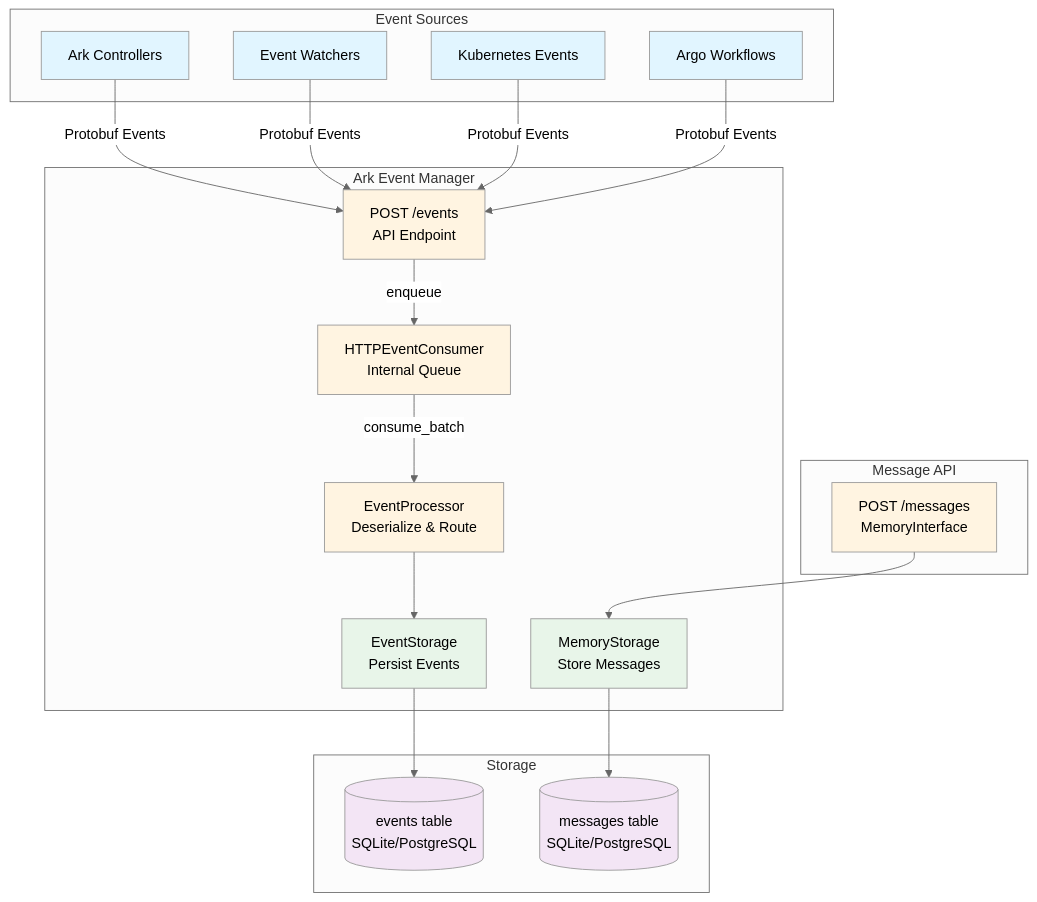
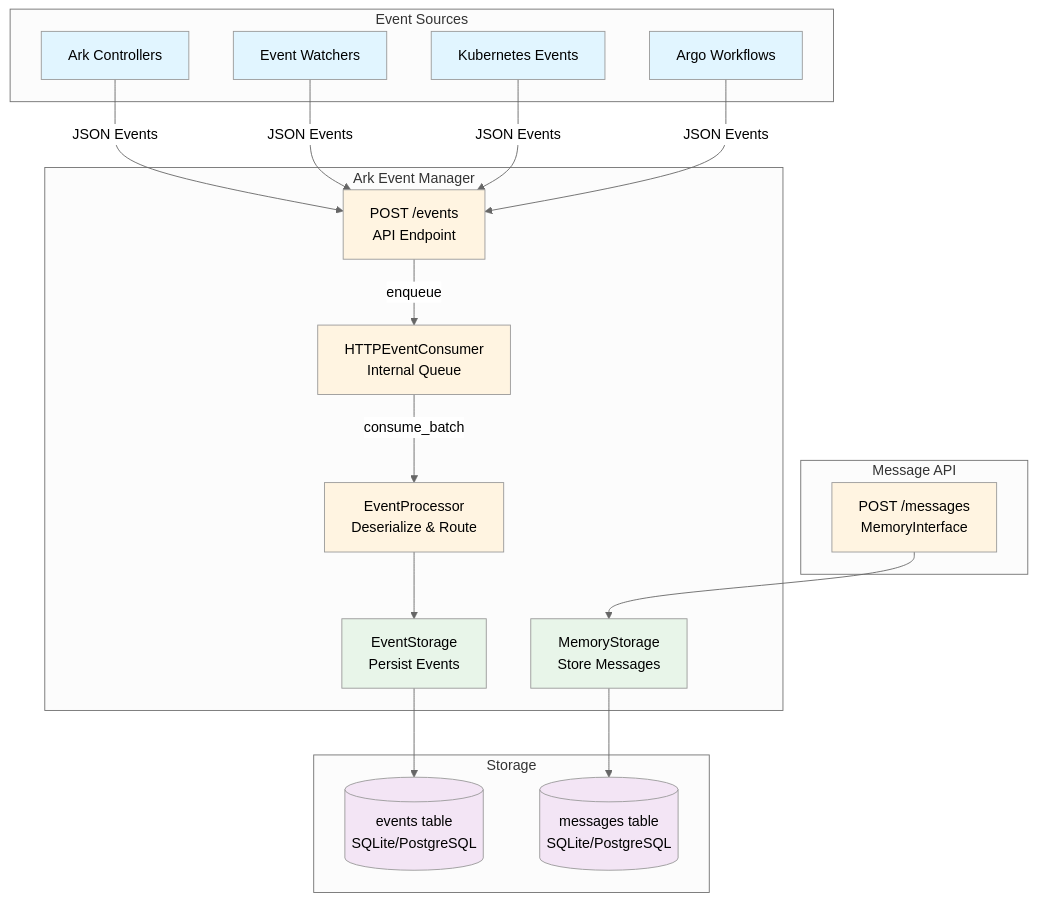
The first of 4 diagrams in services/ark-event-manager/ark-event-manager/ARCHITECTURE.md (mckinsey/agents-at-scale-ark), drawn with Mermaid (neutral theme) before and after one commit. The commit also changed other lines of this file and 10 other files, not shown here.

````diff
--- a/services/ark-event-manager/ark-event-manager/ARCHITECTURE.md
+++ b/services/ark-event-manager/ark-event-manager/ARCHITECTURE.md
@@ -60,52 +60,52 @@
 ```mermaid
 graph TB
     subgraph "Event Sources"
         Controllers[Ark Controllers]
         Watchers[Event Watchers]
         K8s[Kubernetes Events]
         Argo[Argo Workflows]
     end
 
     subgraph "Ark Event Manager"
         API[POST /events<br/>API Endpoint]
         Consumer[HTTPEventConsumer<br/>Internal Queue]
         Processor[EventProcessor<br/>Deserialize & Route]
         EventStorage[EventStorage<br/>Persist Events]
         MemoryStorage[MemoryStorage<br/>Store Messages]
     end
 
     subgraph "Storage"
         EventsTable[(events table<br/>SQLite/PostgreSQL)]
         MessagesTable[(messages table<br/>SQLite/PostgreSQL)]
     end
 
     subgraph "Message API"
         MessageAPI[POST /messages<br/>MemoryInterface]
     end
 
-    Controllers -->|Protobuf Events| API
-    Watchers -->|Protobuf Events| API
-    K8s -->|Protobuf Events| API
-    Argo -->|Protobuf Events| API
+    Controllers -->|JSON Events| API
+    Watchers -->|JSON Events| API
+    K8s -->|JSON Events| API
+    Argo -->|JSON Events| API
 
     API -->|enqueue| Consumer
     Consumer -->|consume_batch| Processor
     Processor --> EventStorage
     EventStorage --> EventsTable
 
     MessageAPI --> MemoryStorage
     MemoryStorage --> MessagesTable
 
     style Controllers fill:#e1f5ff
     style Watchers fill:#e1f5ff
     style K8s fill:#e1f5ff
     style Argo fill:#e1f5ff
     style API fill:#fff4e1
     style Consumer fill:#fff4e1
     style Processor fill:#fff4e1
     style EventStorage fill:#e8f5e9
     style MemoryStorage fill:#e8f5e9
     style EventsTable fill:#f3e5f5
     style MessagesTable fill:#f3e5f5
     style MessageAPI fill:#fff4e1
 ```
````
